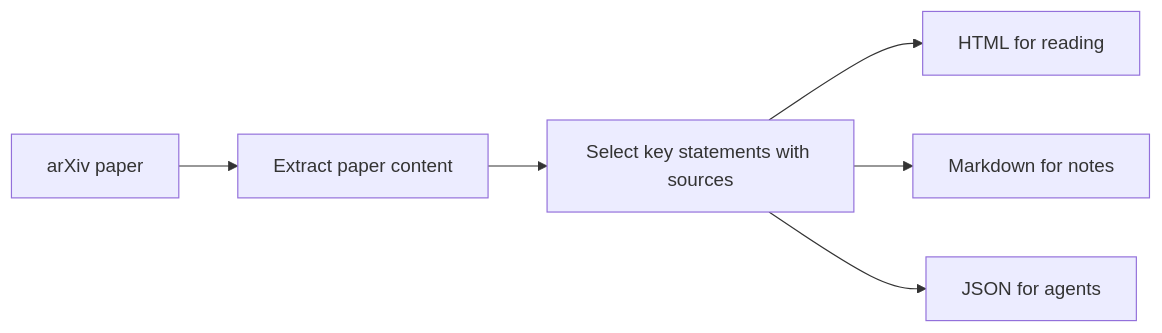
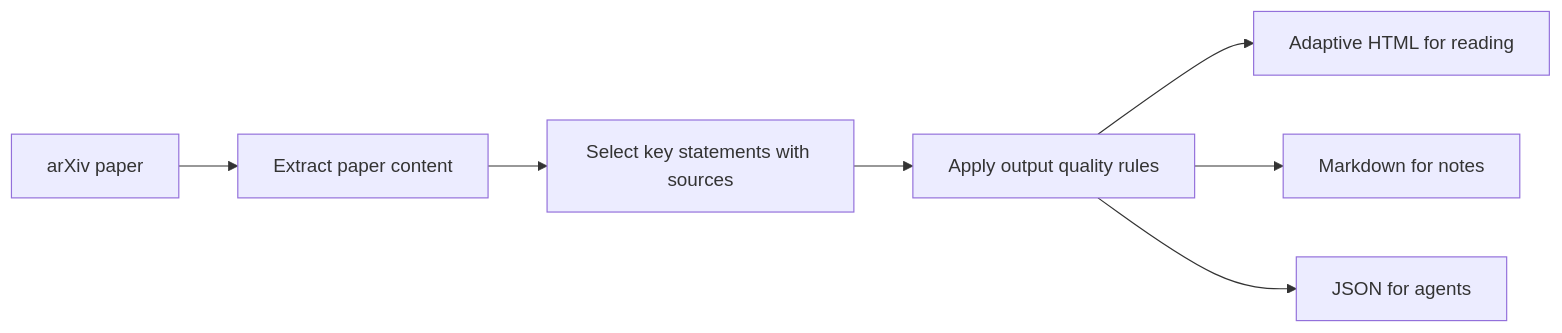
One commit to emilsmeznieks/RPL changed the diagram in README.md. Above: the diagram before and after it, drawn with Mermaid. The commit also changed other lines of this file and 20 other files, not shown here.

First line of the commit message:
Add adaptive sourced paper output (#4)

````diff
--- a/README.md
+++ b/README.md
@@ -179,8 +182,9 @@
 ```mermaid
 flowchart LR
   A["arXiv paper"] --> B["Extract paper content"]
   B --> C["Select key statements with sources"]
-  C --> D["HTML for reading"]
-  C --> E["Markdown for notes"]
-  C --> F["JSON for agents"]
+  C --> D["Apply output quality rules"]
+  D --> E["Adaptive HTML for reading"]
+  D --> F["Markdown for notes"]
+  D --> G["JSON for agents"]
 ```
````
